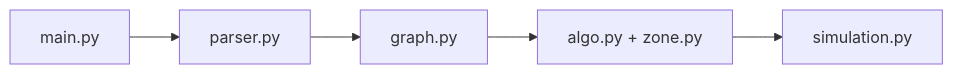
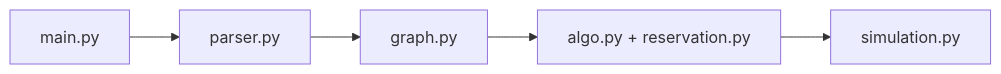
Before and after one commit to laghzal49/fly-in: the diagram in docs/main.md, drawn with Mermaid. The commit also changed other lines of this file and 14 other files, not shown here.

````diff
--- a/docs/main.md
+++ b/docs/main.md
@@ -10,7 +10,7 @@
 ```mermaid
 flowchart LR
     A[main.py] --> B[parser.py]
     B --> C[graph.py]
-    C --> D[algo.py + zone.py]
+    C --> D[algo.py + reservation.py]
     D --> E[simulation.py]
 ```
````
